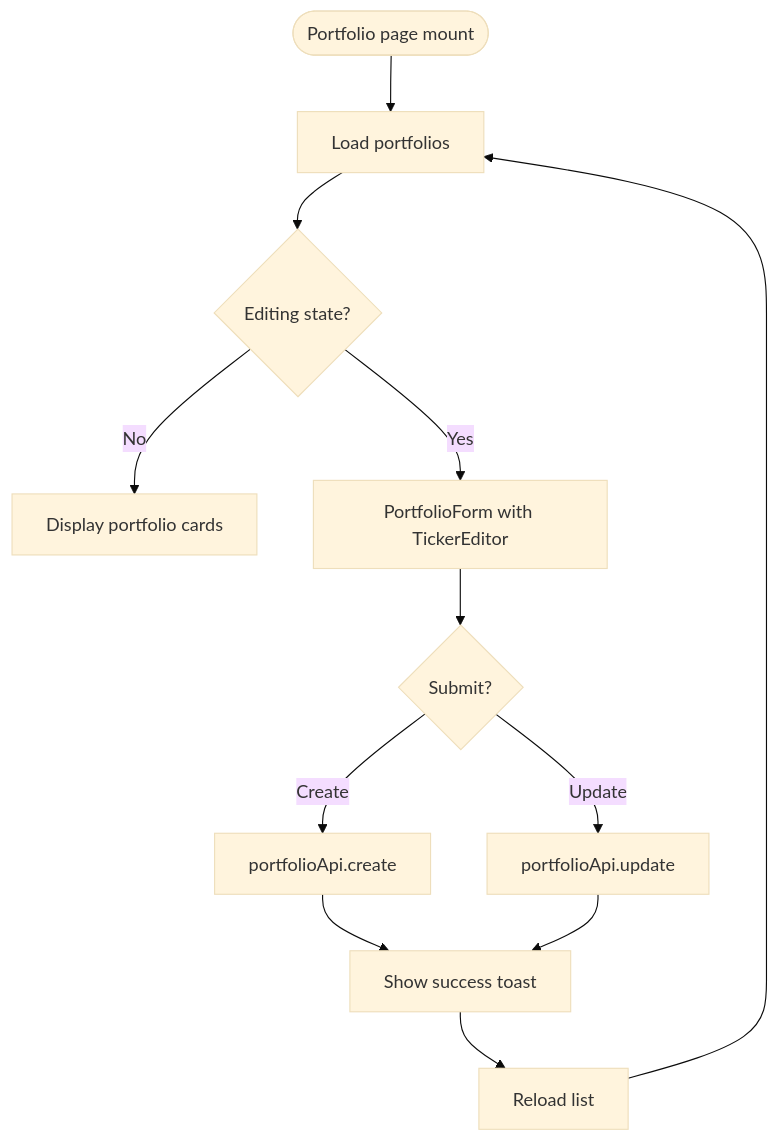
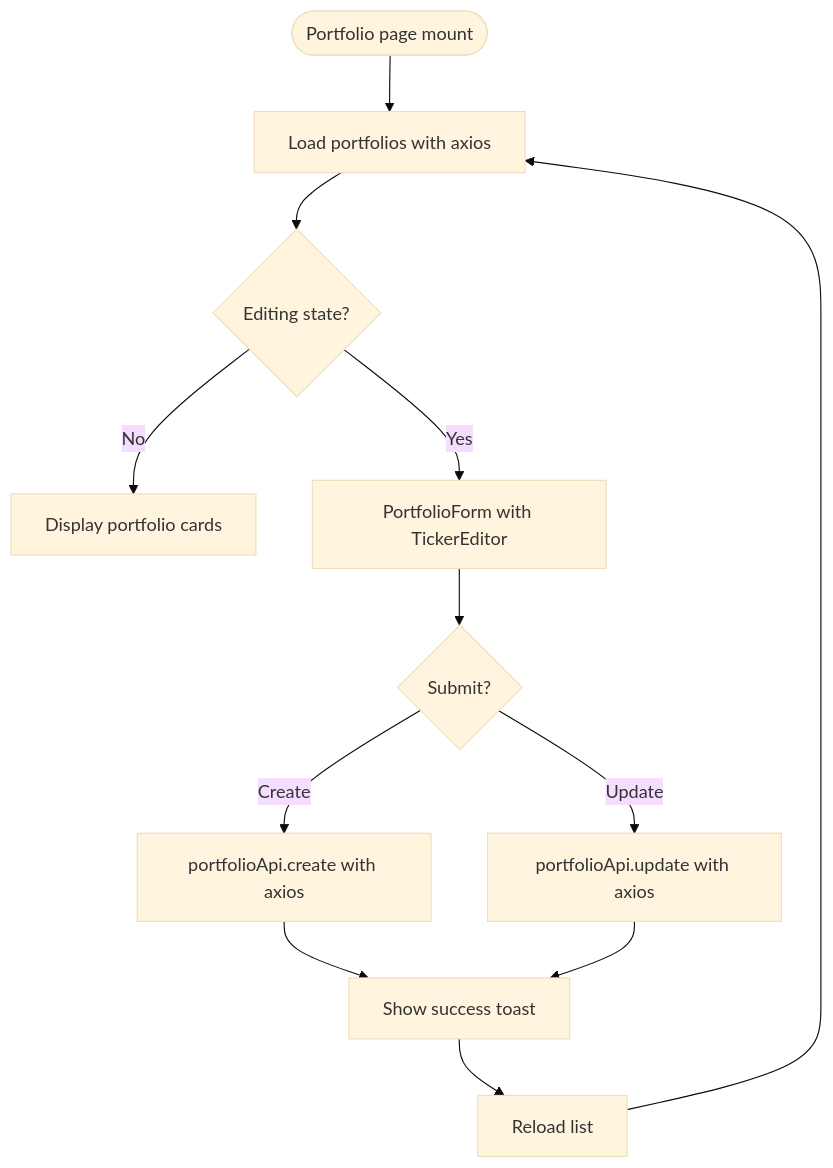
Before and after one commit to ishwarambare/ishwarambare-app: the eighth of 10 diagrams in .qoder/repowiki/en/content/Frontend Architecture/React Application Structure.md, drawn with Mermaid (base theme). The commit also changed other lines of this file and 4 other files, not shown here.

````diff
--- a/.qoder/repowiki/en/content/Frontend Architecture/React Application Structure.md
+++ b/.qoder/repowiki/en/content/Frontend Architecture/React Application Structure.md
@@ -331,14 +376,14 @@
 ```mermaid
 flowchart TD
-Init(["Portfolio page mount"]) --> Load["Load portfolios"]
+Init(["Portfolio page mount"]) --> Load["Load portfolios with axios"]
 Load --> Editing{"Editing state?"}
 Editing --> |No| List["Display portfolio cards"]
 Editing --> |Yes| Form["PortfolioForm with TickerEditor"]
 Form --> Submit{"Submit?"}
-Submit --> |Create| Create["portfolioApi.create"]
-Submit --> |Update| Update["portfolioApi.update"]
+Submit --> |Create| Create["portfolioApi.create with axios"]
+Submit --> |Update| Update["portfolioApi.update with axios"]
 Create --> Toast["Show success toast"]
 Update --> Toast
 Toast --> Reload["Reload list"]
 Reload --> Load
 ```
````
